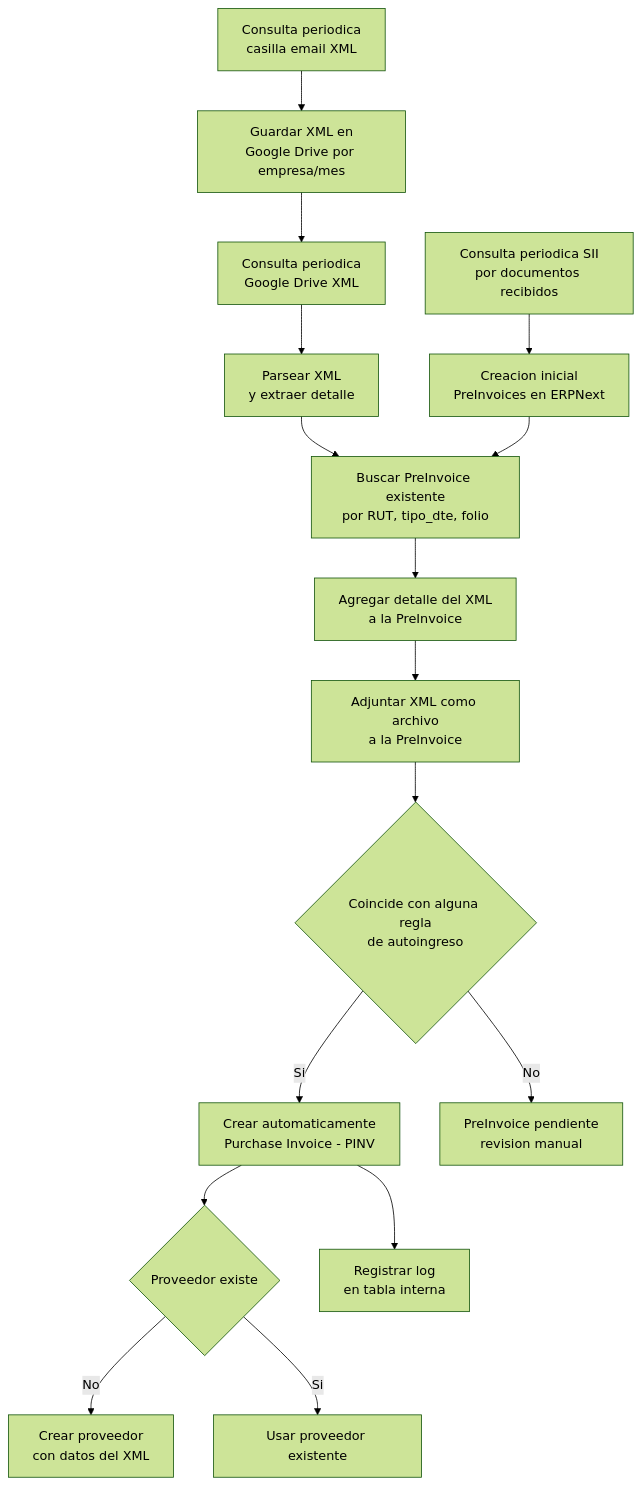
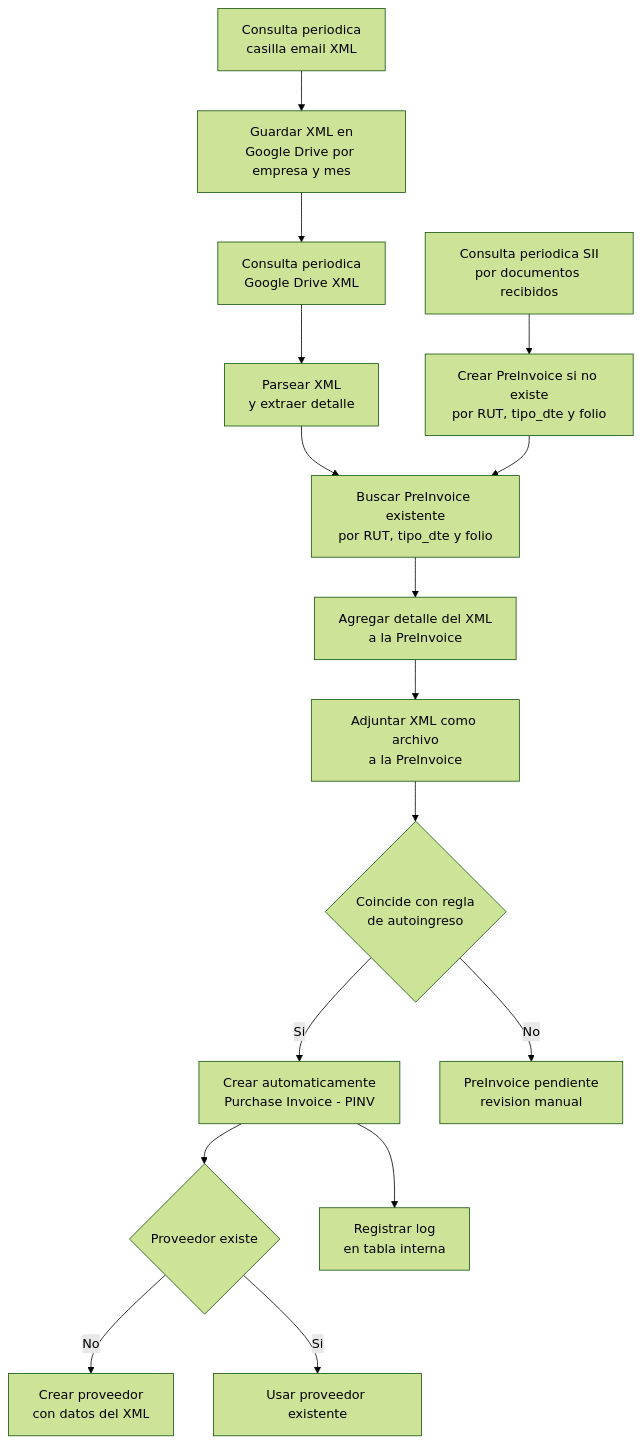
Before and after one commit to tonicanada/erpnext_chile_factura: the diagram in README.md, drawn with Mermaid (forest theme).

Commit message:
Actualiza readme.md

````diff
--- a/README.md
+++ b/README.md
@@ -103,19 +103,27 @@
 ```mermaid
 flowchart TD
-  A[Consulta periodica SII<br>por documentos recibidos] --> B[Creacion inicial<br>PreInvoices en ERPNext]
-  C[Consulta periodica<br>casilla email XML] --> D[Guardar XML en<br>Google Drive por empresa/mes]
-  D --> E[Consulta periodica<br>Google Drive XML]
-  E --> F[Parsear XML<br>y extraer detalle]
-  F --> G[Buscar PreInvoice existente<br>por RUT, tipo_dte, folio]
+  A[Consulta periodica<br>casilla email XML] --> B[Guardar XML en<br>Google Drive por empresa y mes]
+  B --> C[Consulta periodica<br>Google Drive XML]
+  C --> D[Parsear XML<br>y extraer detalle]
+
+  E[Consulta periodica SII<br>por documentos recibidos] --> F[Crear PreInvoice si no existe<br>por RUT, tipo_dte y folio]
+
+  D --> G[Buscar PreInvoice existente<br>por RUT, tipo_dte y folio]
+  F --> G
+
   G --> H[Agregar detalle del XML<br>a la PreInvoice]
   H --> I[Adjuntar XML como archivo<br>a la PreInvoice]
-  I --> J{Coincide con alguna regla<br>de autoingreso}
+  I --> J{Coincide con regla<br>de autoingreso}
+
   J -- Si --> K[Crear automaticamente<br>Purchase Invoice - PINV]
-  K --> L{Proveedor existe}
-  L -- No --> M[Crear proveedor<br>con datos del XML]
-  L -- Si --> N[Usar proveedor existente]
-  K --> O[Registrar log<br>en tabla interna]
-  J -- No --> P[PreInvoice pendiente<br>revision manual]
-  B --> G
+  J -- No --> L[PreInvoice pendiente<br>revision manual]
+
+  K --> M{Proveedor existe}
+  M -- No --> N[Crear proveedor<br>con datos del XML]
+  M -- Si --> O[Usar proveedor existente]
+
+  K --> P[Registrar log<br>en tabla interna]
+
+
 
 ```
````
